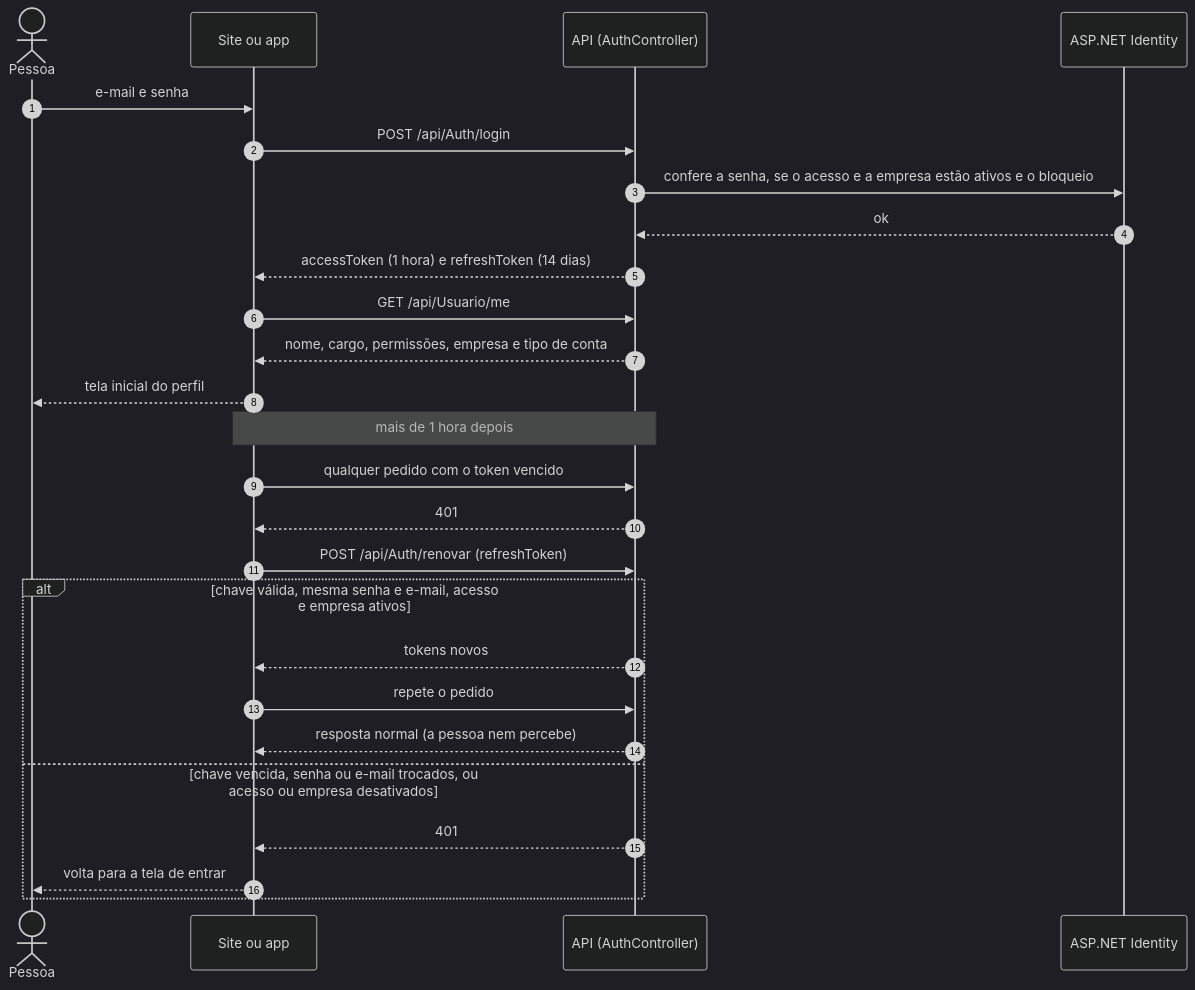
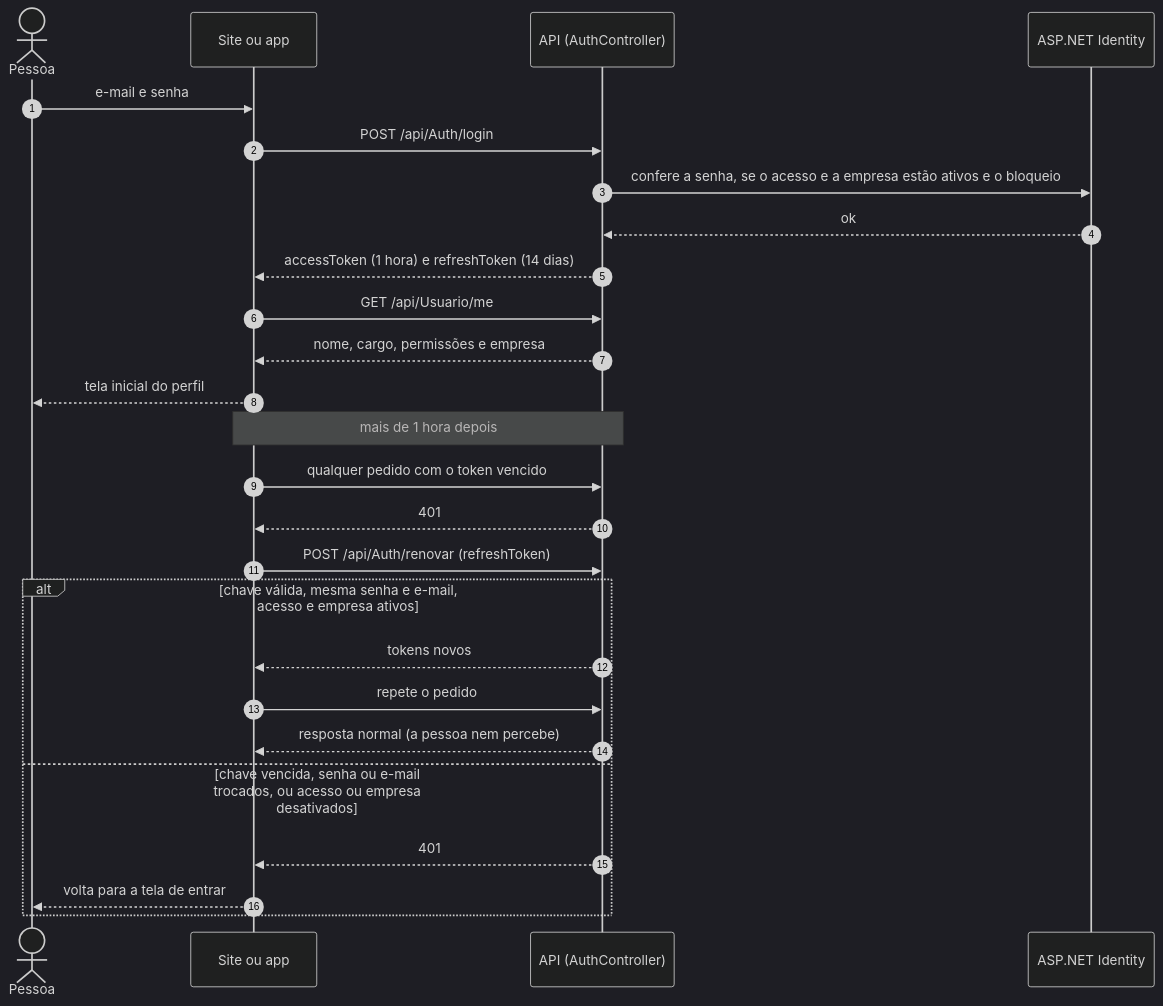
The fifth of 8 diagrams in docs/fluxos.md (LeandroPoletti/CheckTruck), drawn with Mermaid (dark theme) before and after one commit. The commit also changed other lines of this file and 63 other files, not shown here.

Commit message:
Fim da conta Autônomo: toda conta é empresa

````diff
--- a/docs/fluxos.md
+++ b/docs/fluxos.md
@@ -132,30 +132,30 @@
 ```mermaid
 sequenceDiagram
     autonumber
     actor P as Pessoa
     participant C as Site ou app
     participant A as API (AuthController)
     participant Id as ASP.NET Identity
 
     P->>C: e-mail e senha
     C->>A: POST /api/Auth/login
     A->>Id: confere a senha, se o acesso e a empresa estão ativos e o bloqueio
     Id-->>A: ok
     A-->>C: accessToken (1 hora) e refreshToken (14 dias)
     C->>A: GET /api/Usuario/me
-    A-->>C: nome, cargo, permissões, empresa e tipo de conta
+    A-->>C: nome, cargo, permissões e empresa
     C-->>P: tela inicial do perfil
 
     Note over C,A: mais de 1 hora depois
     C->>A: qualquer pedido com o token vencido
     A-->>C: 401
     C->>A: POST /api/Auth/renovar (refreshToken)
     alt chave válida, mesma senha e e-mail, acesso e empresa ativos
         A-->>C: tokens novos
         C->>A: repete o pedido
         A-->>C: resposta normal (a pessoa nem percebe)
     else chave vencida, senha ou e-mail trocados, ou acesso ou empresa desativados
         A-->>C: 401
         C-->>P: volta para a tela de entrar
     end
 ```
````
